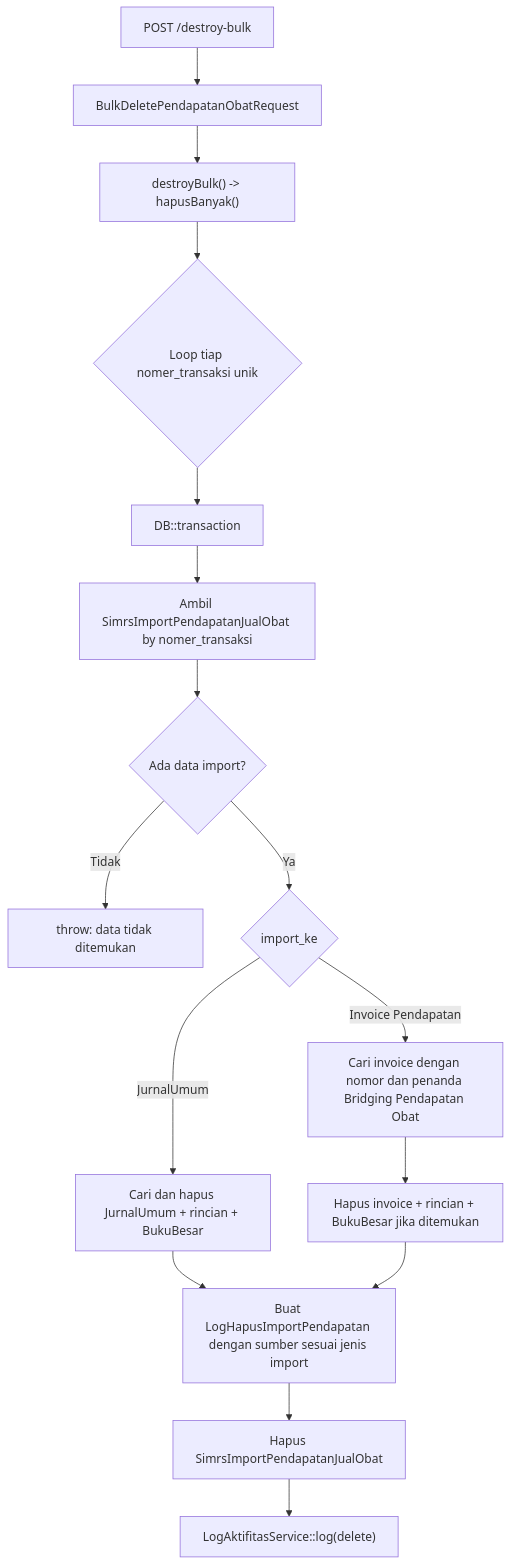
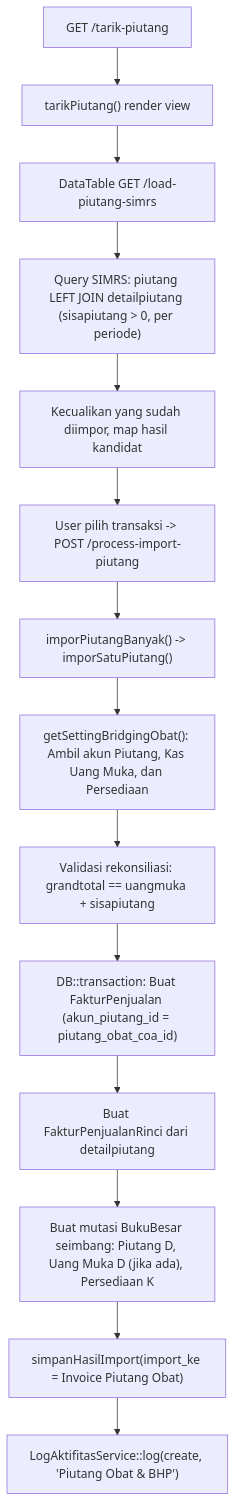
One commit to AltamaSidoarjo/laravel-siakurat-pt-smt changed the third of 4 diagrams in dokumentasi/bridging-pendapatan-obat.md. Above: the diagram before and after it, drawn with Mermaid. The commit also changed other lines of this file and 18 other files, not shown here.

Commit message:
feat(bridging-obat): hapus ketergantungan jurnal SIMRS, gunakan cara bayar kasir & setting akun obat terpusat

````diff
--- a/dokumentasi/bridging-pendapatan-obat.md
+++ b/dokumentasi/bridging-pendapatan-obat.md
@@ -140,18 +135,16 @@
 ```mermaid
 flowchart TD
-    A["POST /destroy-bulk"] --> B["BulkDeletePendapatanObatRequest"]
-    B --> C["destroyBulk() -> hapusBanyak()"]
-    C --> D{"Loop tiap nomer_transaksi unik"}
-    D --> E["DB::transaction"]
-    E --> F["Ambil SimrsImportPendapatanJualObat by nomer_transaksi"]
-    F --> G{"Ada data import?"}
-    G -- Tidak --> H["throw: data tidak ditemukan"]
-    G -- Ya --> I{"import_ke"}
-    I -- JurnalUmum --> J["Cari dan hapus JurnalUmum + rincian + BukuBesar"]
-    I -- Invoice Pendapatan --> K["Cari invoice dengan nomor dan penanda Bridging Pendapatan Obat"]
-    K --> L["Hapus invoice + rincian + BukuBesar jika ditemukan"]
-    J --> M["Buat LogHapusImportPendapatan dengan sumber sesuai jenis import"]
-    L --> M
-    M --> N["Hapus SimrsImportPendapatanJualObat"]
-    N --> O["LogAktifitasService::log(delete)"]
+    A["GET /tarik-piutang"] --> B["tarikPiutang() render view"]
+    B --> C["DataTable GET /load-piutang-simrs"]
+    C --> D["Query SIMRS: piutang LEFT JOIN detailpiutang (sisapiutang > 0, per periode)"]
+    D --> E["Kecualikan yang sudah diimpor, map hasil kandidat"]
+    E --> F["User pilih transaksi -> POST /process-import-piutang"]
+    F --> G["imporPiutangBanyak() -> imporSatuPiutang()"]
+    G --> H["getSettingBridgingObat(): Ambil akun Piutang, Kas Uang Muka, dan Persediaan"]
+    H --> I["Validasi rekonsiliasi: grandtotal == uangmuka + sisapiutang"]
+    I --> J["DB::transaction: Buat FakturPenjualan (akun_piutang_id = piutang_obat_coa_id)"]
+    J --> K["Buat FakturPenjualanRinci dari detailpiutang"]
+    K --> L["Buat mutasi BukuBesar seimbang: Piutang D, Uang Muka D (jika ada), Persediaan K"]
+    L --> M["simpanHasilImport(import_ke = Invoice Piutang Obat)"]
+    M --> N["LogAktifitasService::log(create, 'Piutang Obat & BHP')"]
 ```
````
